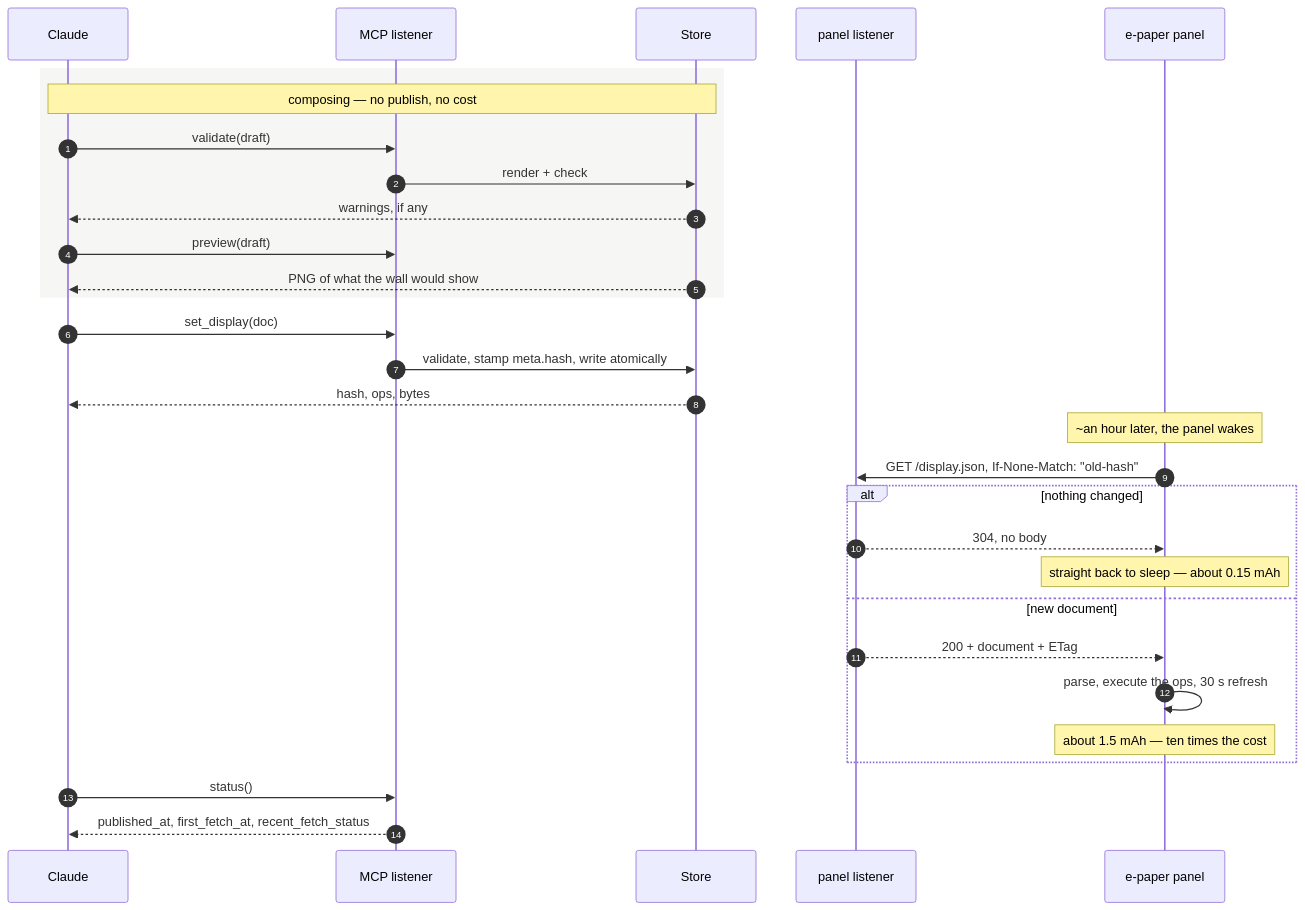
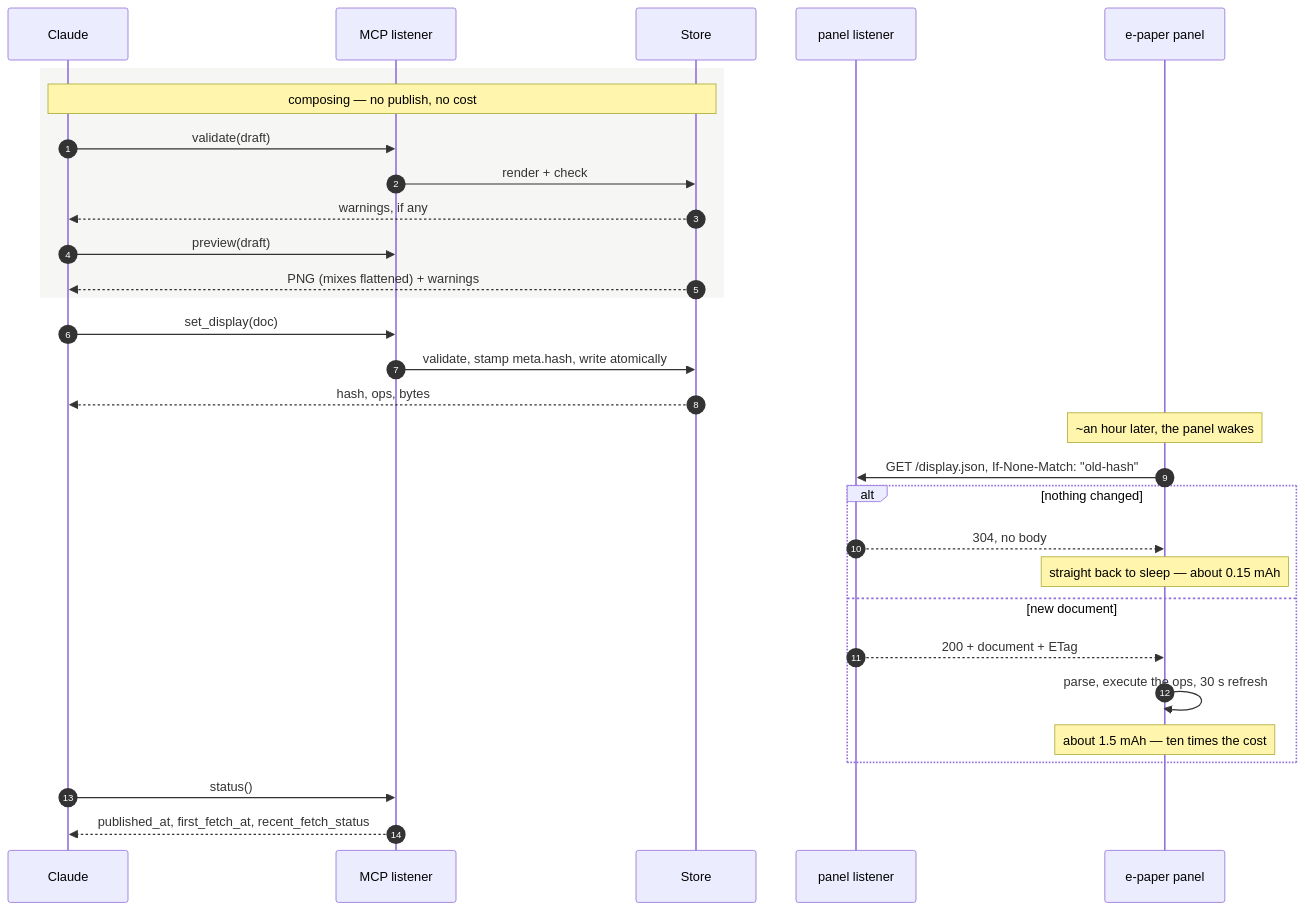
Before and after one commit to luscoma/display-mcp: the second of 2 diagrams in README.md, drawn with Mermaid. The commit also changed other lines of this file and 12 other files, not shown here.

````diff
--- a/README.md
+++ b/README.md
@@ -71,37 +71,37 @@
 ```mermaid
 sequenceDiagram
     autonumber
     participant C as Claude
     participant M as MCP listener
     participant S as Store
     participant P as panel listener
     participant E as e-paper panel
 
     rect rgb(246, 246, 244)
     Note over C,S: composing — no publish, no cost
     C->>M: validate(draft)
     M->>S: render + check
     S-->>C: warnings, if any
     C->>M: preview(draft)
-    S-->>C: PNG of what the wall would show
+    S-->>C: PNG (mixes flattened) + warnings
     end
 
     C->>M: set_display(doc)
     M->>S: validate, stamp meta.hash, write atomically
     S-->>C: hash, ops, bytes
 
     Note over E: ~an hour later, the panel wakes
     E->>P: GET /display.json, If-None-Match: "old-hash"
 
     alt nothing changed
         P-->>E: 304, no body
         Note over E: straight back to sleep — about 0.15 mAh
     else new document
         P-->>E: 200 + document + ETag
         E->>E: parse, execute the ops, 30 s refresh
         Note over E: about 1.5 mAh — ten times the cost
     end
 
     C->>M: status()
     M-->>C: published_at, first_fetch_at, recent_fetch_status
 ```
````
